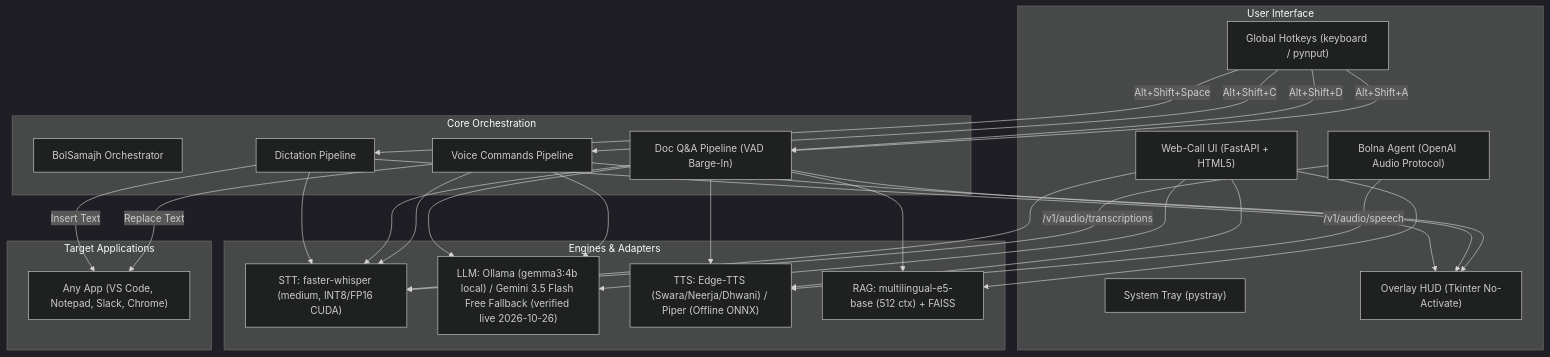
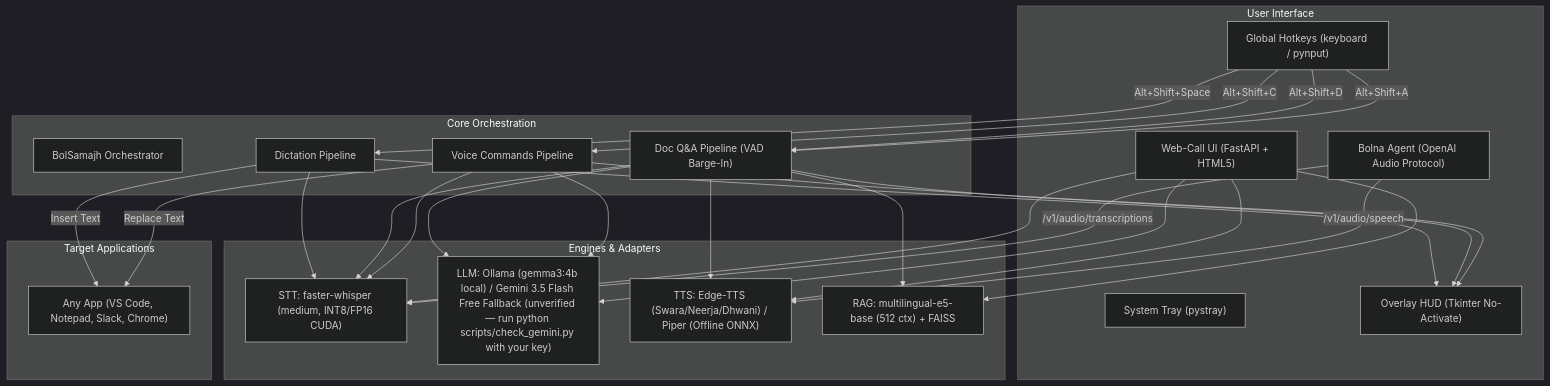
Before and after one commit to P1Manav/BolSamajh: the diagram in README.md, drawn with Mermaid (dark theme). The commit also changed other lines of this file and 7 other files, not shown here.

Commit message:
fix(tier5): add check_gemini.py, mark unverified external Gemini claims, add CI status badge, clarify prototype inception date

````diff
--- a/README.md
+++ b/README.md
@@ -77,56 +78,56 @@
 ```mermaid
 graph TD
     subgraph User Interface
         Tray["System Tray (pystray)"]
         Hotkeys["Global Hotkeys (keyboard / pynput)"]
         HUD["Overlay HUD (Tkinter No-Activate)"]
         WebUI["Web-Call UI (FastAPI + HTML5)"]
         BolnaAgent["Bolna Agent (OpenAI Audio Protocol)"]
     end
 
     subgraph Core Orchestration
         Main["BolSamajh Orchestrator"]
         DictPipe["Dictation Pipeline"]
         DocPipe["Doc Q&A Pipeline (VAD Barge-In)"]
         CmdPipe["Voice Commands Pipeline"]
     end
 
     subgraph Engines & Adapters
         STT["STT: faster-whisper (medium, INT8/FP16 CUDA)"]
-        LLM["LLM: Ollama (gemma3:4b local) / Gemini 3.5 Flash Free Fallback (verified live 2026-10-26)"]
+        LLM["LLM: Ollama (gemma3:4b local) / Gemini 3.5 Flash Free Fallback (unverified — run python scripts/check_gemini.py with your key)"]
         TTS["TTS: Edge-TTS (Swara/Neerja/Dhwani) / Piper (Offline ONNX)"]
         RAG["RAG: multilingual-e5-base (512 ctx) + FAISS"]
     end
 
     subgraph Target Applications
         Apps["Any App (VS Code, Notepad, Slack, Chrome)"]
     end
 
     Hotkeys -->|Alt+Shift+Space| DictPipe
     Hotkeys -->|Alt+Shift+D| DocPipe
     Hotkeys -->|Alt+Shift+A| DocPipe
     Hotkeys -->|Alt+Shift+C| CmdPipe
 
     DictPipe --> STT
     DictPipe -->|Insert Text| Apps
     DictPipe --> HUD
 
     DocPipe --> STT
     DocPipe --> RAG
     DocPipe --> LLM
     DocPipe --> TTS
     DocPipe --> HUD
 
     CmdPipe --> STT
     CmdPipe --> LLM
     CmdPipe -->|Replace Text| Apps
     CmdPipe --> HUD
 
     WebUI --> STT
     WebUI --> RAG
     WebUI --> LLM
     WebUI --> TTS
 
     BolnaAgent -->|/v1/audio/transcriptions| STT
     BolnaAgent -->|/v1/audio/speech| TTS
 ```
````
